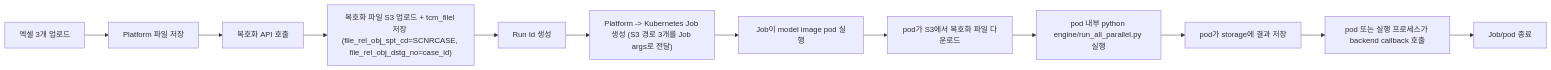
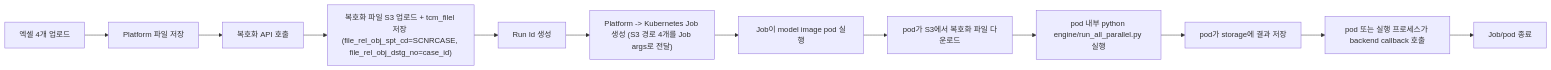
The diagram in docs/design-docs/gas/mi-fundamental-model-agent-model-interface-draft.md (enkhbaatarL/backtend), drawn with Mermaid before and after one commit. The commit also changed other lines of this file and 19 other files, not shown here.

````diff
--- a/docs/design-docs/gas/mi-fundamental-model-agent-model-interface-draft.md
+++ b/docs/design-docs/gas/mi-fundamental-model-agent-model-interface-draft.md
@@ -26,14 +27,14 @@
 ```mermaid
 flowchart LR
-    A["엑셀 3개 업로드"] --> B["Platform 파일 저장"]
+    A["엑셀 4개 업로드"] --> B["Platform 파일 저장"]
     B --> C["복호화 API 호출"]
     C --> C2["복호화 파일 S3 업로드 + tcm_filel 저장 (file_rel_obj_spt_cd=SCNRCASE, file_rel_obj_dstg_no=case_id)"]
     C2 --> D["Run Id 생성"]
-    D --> E["Platform -> Kubernetes Job 생성 (S3 경로 3개를 Job args로 전달)"]
+    D --> E["Platform -> Kubernetes Job 생성 (S3 경로 4개를 Job args로 전달)"]
     E --> F["Job이 model image pod 실행"]
     F --> F2["pod가 S3에서 복호화 파일 다운로드"]
     F2 --> G["pod 내부 python engine/run_all_parallel.py 실행"]
     G --> H["pod가 storage에 결과 저장"]
     H --> I["pod 또는 실행 프로세스가 backend callback 호출"]
     I --> J["Job/pod 종료"]
 ```
````
